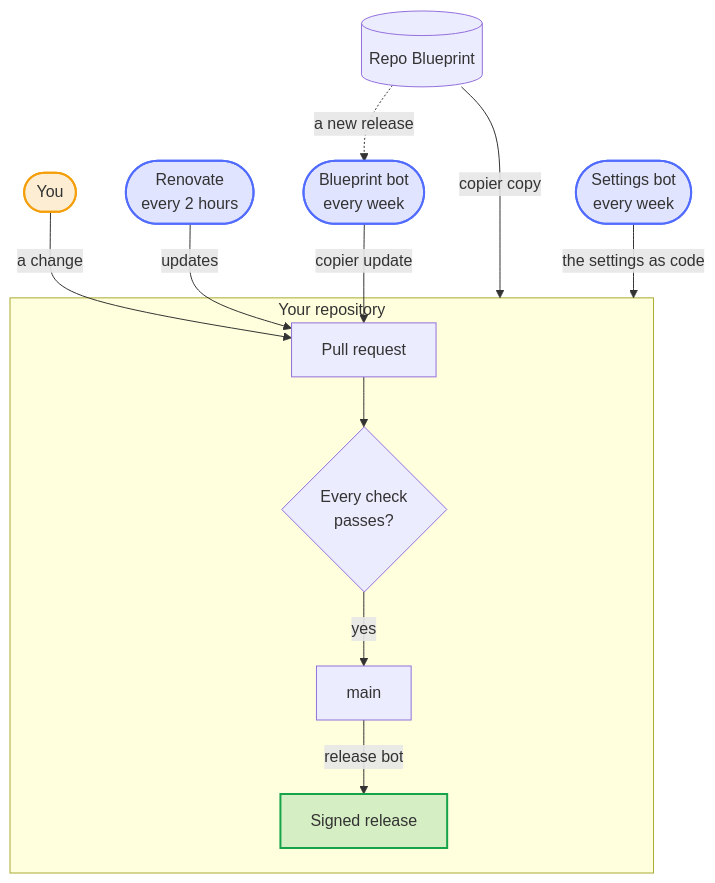
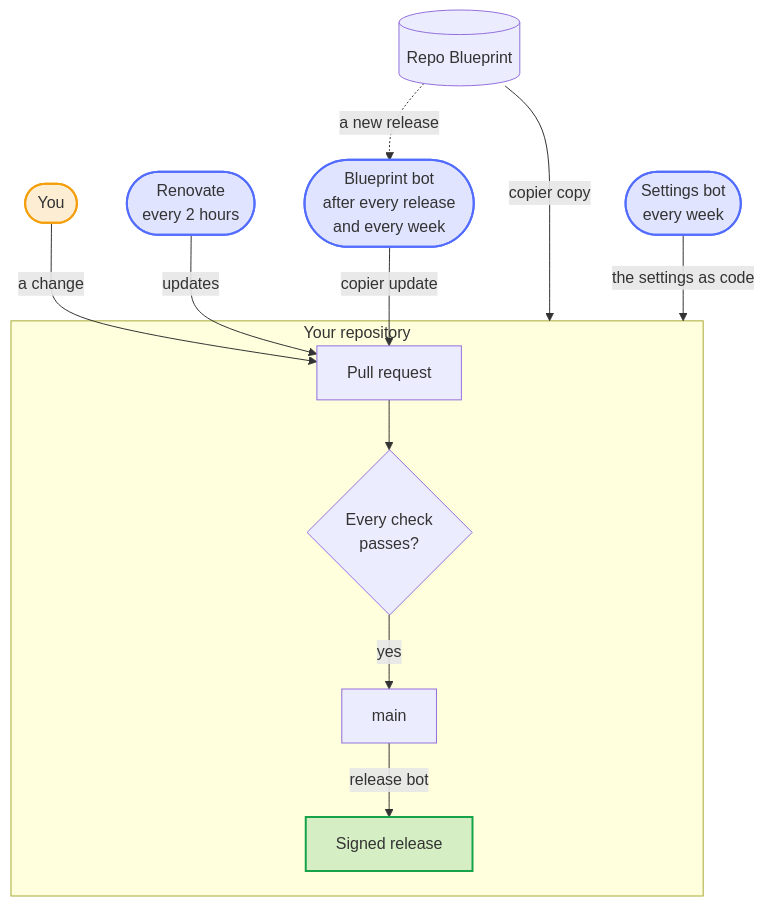
Before and after one commit to Dennis-Otto/repo-blueprint: the first of 6 diagrams in README.md, drawn with Mermaid. The commit also changed other lines of this file and 6 other files, not shown here.

First line of the commit message:
feat: roll out every release of the blueprint at once

````diff
--- a/README.md
+++ b/README.md
@@ -27,36 +27,36 @@
 ```mermaid
 ---
 config:
   flowchart:
     wrappingWidth: 400
 ---
 flowchart TB
     accTitle: How a repository looks after itself
     accDescr: copier copy makes a repository from the blueprint. Every change, yours or a bot's, is a pull request that merges once every check passes, and the release bot makes a signed release of what reaches main. Renovate, the blueprint bot and the settings bot keep the repository current on their own.
 
     blueprint[("Repo Blueprint")]
     you(["You"])
     renovate(["Renovate<br>every 2 hours"])
-    updater(["Blueprint bot<br>every week"])
+    updater(["Blueprint bot<br>after every release<br>and every week"])
     settings(["Settings bot<br>every week"])
 
     subgraph repo ["Your repository"]
         pr["Pull request"] --> checks{"Every check<br>passes?"}
         checks -- "yes" --> main["main"]
         main -- "release bot" --> release["Signed release"]
     end
 
     blueprint -- "copier copy" --> repo
     blueprint -. "a new release" .-> updater
     you -- "a change" --> pr
     renovate -- "updates" --> pr
     updater -- "copier update" --> pr
     settings -- "the settings as code" --> repo
 
     classDef bot fill:#526cfe2e,stroke:#526cfe,stroke-width:2px
     classDef person fill:#f59e0b2e,stroke:#f59e0b,stroke-width:2px
     classDef done fill:#16a34a2e,stroke:#16a34a,stroke-width:2px
     class renovate,updater,settings bot
     class you person
     class release done
 ```
````
